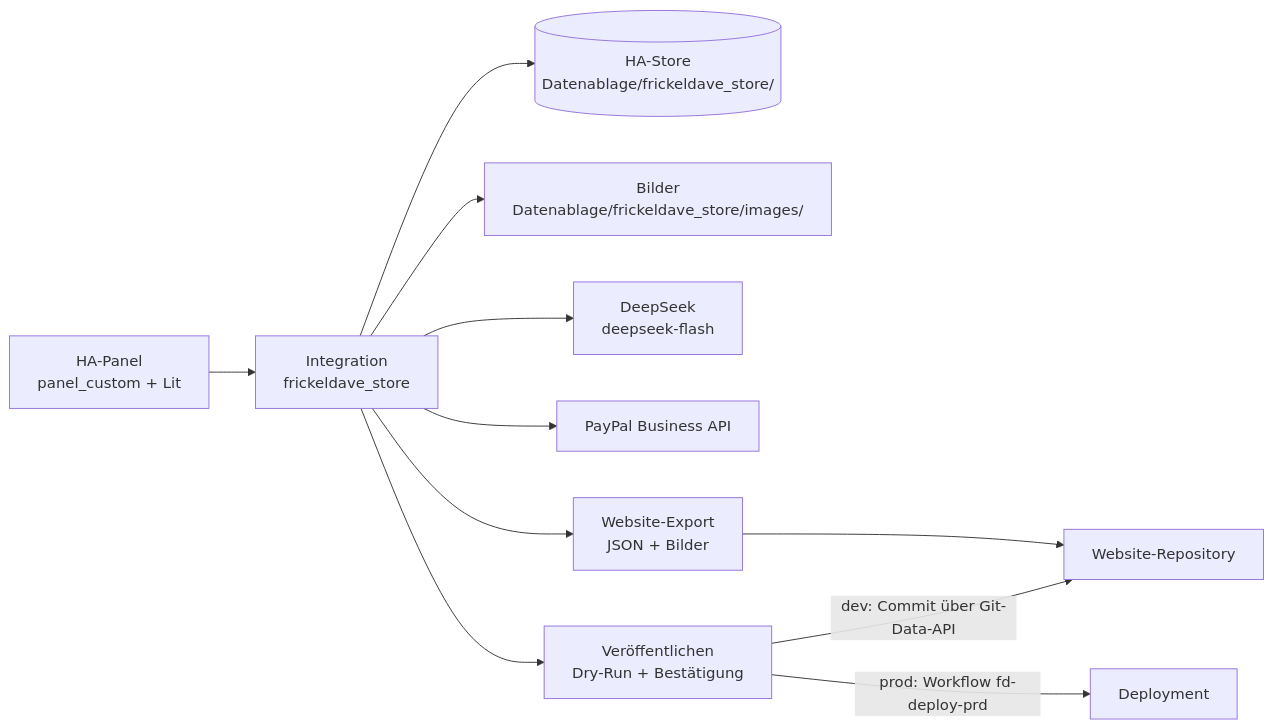
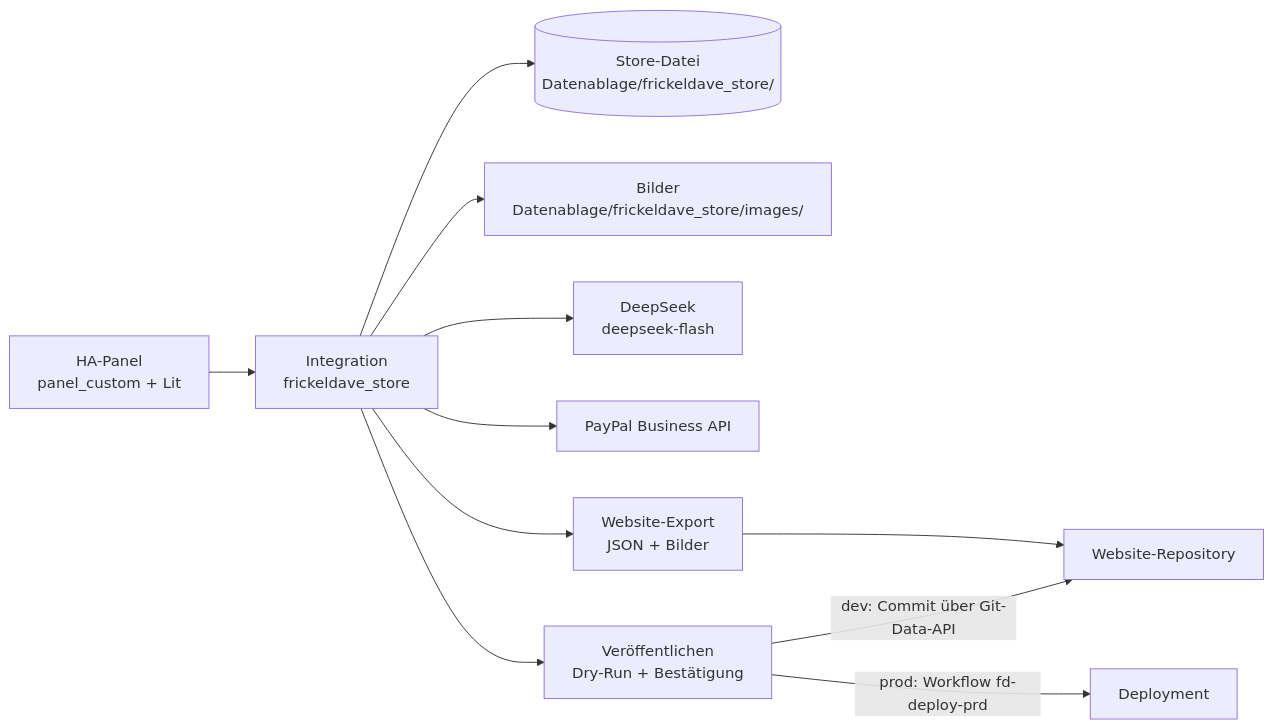
One commit to Frickeldave/frickeldave.github.io changed the diagram in docs/features/fr008-ha-manager.md. Above: the diagram before and after it, drawn with Mermaid. The commit also changed other lines of this file and 1 other file, not shown here.

````diff
--- a/docs/features/fr008-ha-manager.md
+++ b/docs/features/fr008-ha-manager.md
@@ -36,13 +36,13 @@
 ```mermaid
 flowchart LR
   panel[HA-Panel<br/>panel_custom + Lit] --> api[Integration<br/>frickeldave_store]
-  api --> store[(HA-Store<br/>Datenablage/frickeldave_store/)]
+  api --> store[(Store-Datei<br/>Datenablage/frickeldave_store/)]
   api --> images[Bilder<br/>Datenablage/frickeldave_store/images/]
   api --> deepseek[DeepSeek<br/>deepseek-flash]
   api --> paypal[PayPal Business API]
   api --> export[Website-Export<br/>JSON + Bilder]
   export --> website[Website-Repository]
   api --> publish[Veröffentlichen<br/>Dry-Run + Bestätigung]
   publish -->|dev: Commit über Git-Data-API| website
   publish -->|prod: Workflow fd-deploy-prd| deploy[Deployment]
 ```
````
